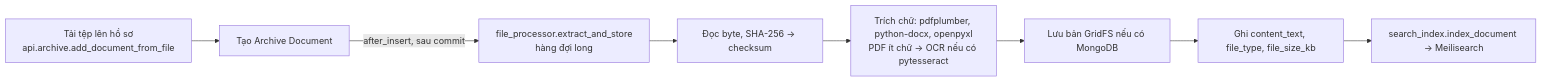
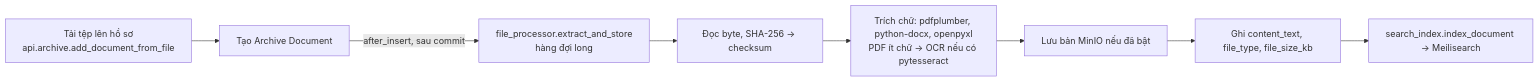
One commit to darkside136317/document-manager-project changed the second of 3 diagrams in docs/TAI_LIEU_KY_THUAT.md. Above: the diagram before and after it, drawn with Mermaid. The commit also changed other lines of this file and 48 other files, not shown here.

````diff
--- a/docs/TAI_LIEU_KY_THUAT.md
+++ b/docs/TAI_LIEU_KY_THUAT.md
@@ -395,10 +396,10 @@
 ```mermaid
 flowchart LR
     A["Tải tệp lên hồ sơ<br/>api.archive.add_document_from_file"] --> B["Tạo Archive Document"]
     B -->|"after_insert, sau commit"| C["file_processor.extract_and_store<br/>hàng đợi long"]
     C --> D["Đọc byte, SHA-256 → checksum"]
     D --> E["Trích chữ: pdfplumber, python-docx, openpyxl<br/>PDF ít chữ → OCR nếu có pytesseract"]
-    E --> F["Lưu bản GridFS nếu có MongoDB"]
+    E --> F["Lưu bản MinIO nếu đã bật"]
     F --> G["Ghi content_text, file_type, file_size_kb"]
     G --> H["search_index.index_document → Meilisearch"]
 ```
````
